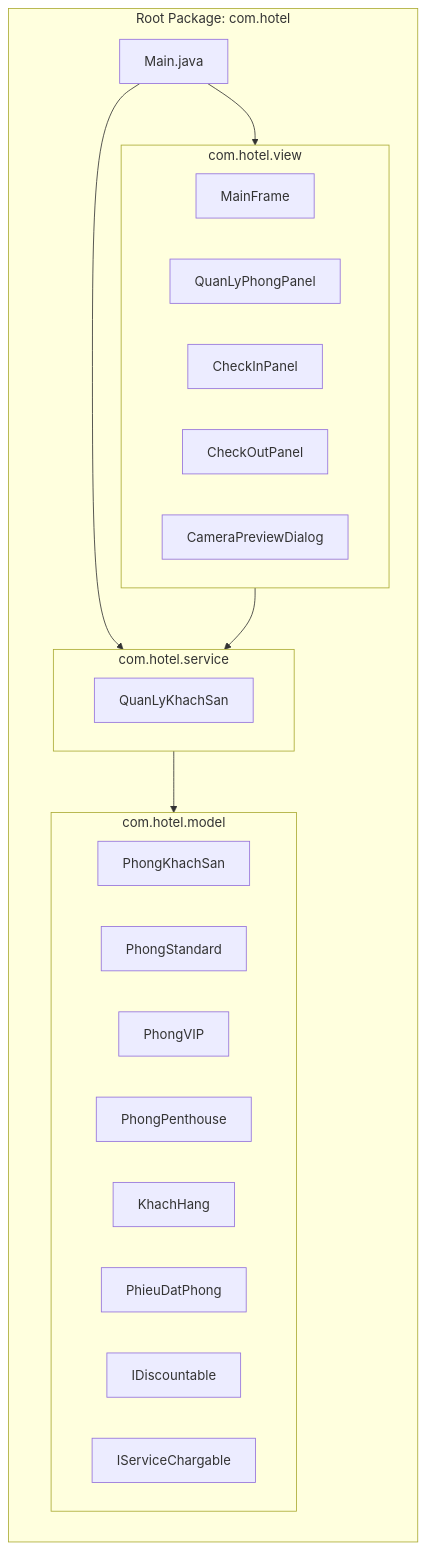
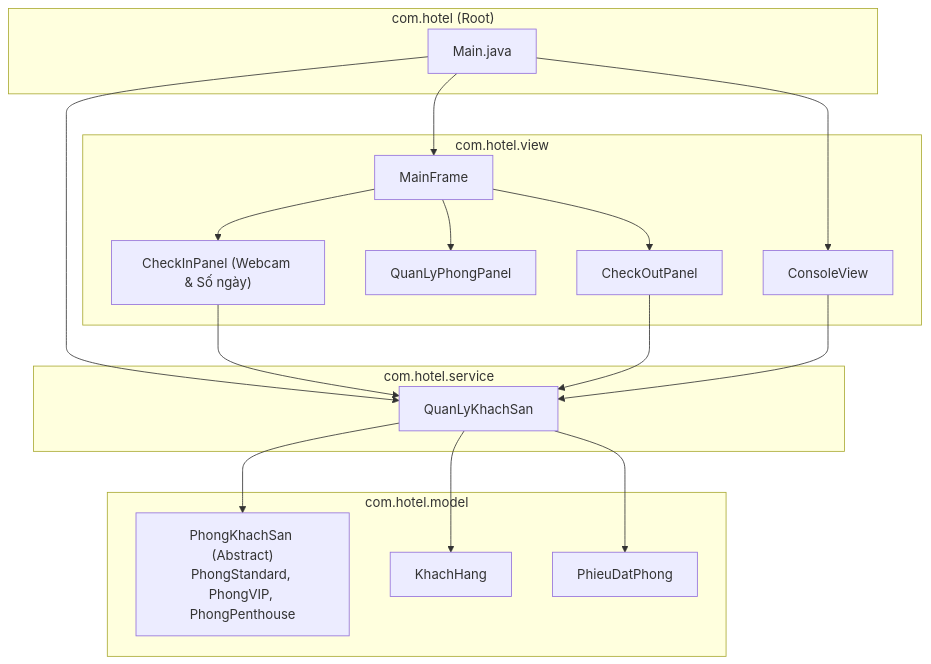
One commit to NNTTuan/HotelBookingSystem changed the diagram in docs/diagrams/package_diagram.mmd. Above: the diagram before and after it, drawn with Mermaid. The commit also changed 7 other files, not shown here.

```diff
--- a/docs/diagrams/package_diagram.mmd
+++ b/docs/diagrams/package_diagram.mmd
@@ -1,33 +1,37 @@
 graph TD
-    subgraph com.hotel [Root Package: com.hotel]
-        direction TB
-        Main[Main.java]
-
-        subgraph model [com.hotel.model]
-            PKS[PhongKhachSan]
-            STD[PhongStandard]
-            VIP[PhongVIP]
-            PNT[PhongPenthouse]
-            KH[KhachHang]
-            PDP[PhieuDatPhong]
-            IDisc[IDiscountable]
-            IServ[IServiceChargable]
-        end
-
-        subgraph service [com.hotel.service]
-            QLKS[QuanLyKhachSan]
-        end
-
-        subgraph view [com.hotel.view]
-            MF[MainFrame]
-            QLP[QuanLyPhongPanel]
-            CIP[CheckInPanel]
-            COP[CheckOutPanel]
-            CamDlg[CameraPreviewDialog]
-        end
+    subgraph com.hotel ["com.hotel (Root)"]
+        Main["Main.java"]
     end
 
-    Main --> view
-    Main --> service
-    view --> service
-    service --> model
+    subgraph com.hotel.model ["com.hotel.model"]
+        Phong["PhongKhachSan (Abstract)<br/>PhongStandard, PhongVIP, PhongPenthouse"]
+        Khach["KhachHang"]
+        Phieu["PhieuDatPhong"]
+    end
+
+    subgraph com.hotel.service ["com.hotel.service"]
+        Service["QuanLyKhachSan"]
+    end
+
+    subgraph com.hotel.view ["com.hotel.view"]
+        Console["ConsoleView"]
+        MainFrm["MainFrame"]
+        PnlPhong["QuanLyPhongPanel"]
+        PnlCheckIn["CheckInPanel (Webcam & Số ngày)"]
+        PnlCheckOut["CheckOutPanel"]
+    end
+
+    Main --> Service
+    Main --> Console
+    Main --> MainFrm
+    MainFrm --> PnlPhong
+    MainFrm --> PnlCheckIn
+    MainFrm --> PnlCheckOut
+
+    PnlCheckIn --> Service
+    PnlCheckOut --> Service
+    Console --> Service
+
+    Service --> Phong
+    Service --> Khach
+    Service --> Phieu
```
